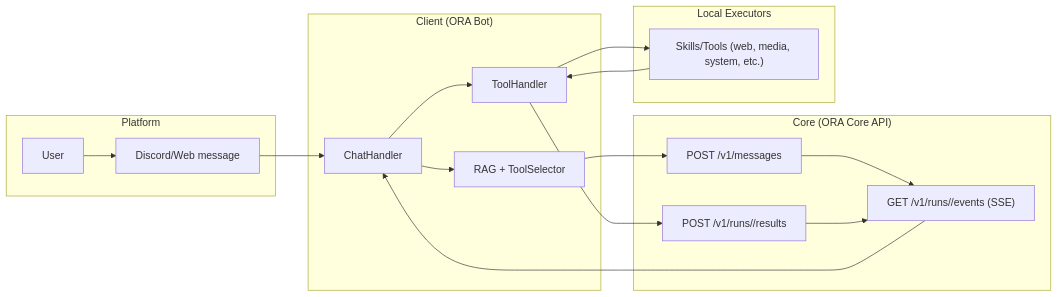
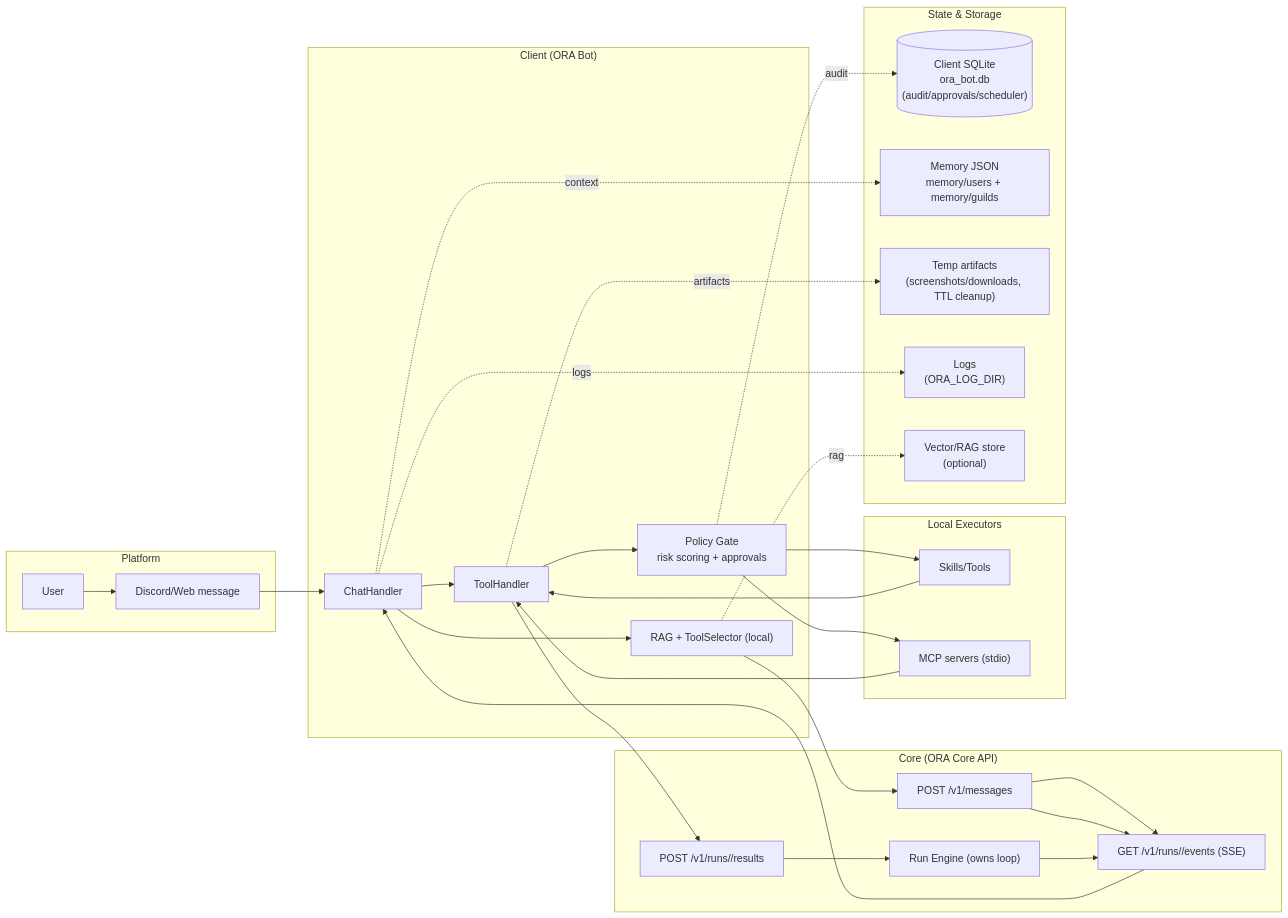
Before and after one commit to YoneRai12/ORA: the second of 3 diagrams in README.md, drawn with Mermaid. The commit also changed other lines of this file, not shown here.

Commit message:
docs(arch): clarify Core-driven loop + add state/policy/obs lanes

````diff
--- a/README.md
+++ b/README.md
@@ -96,25 +108,45 @@
 ```mermaid
 flowchart LR
   subgraph L1["Platform"]
     U["User"] --> P["Discord/Web message"]
   end
 
   subgraph L2["Client (ORA Bot)"]
-    CH["ChatHandler"] --> RT["RAG + ToolSelector"]
+    CH["ChatHandler"]
+    RT["RAG + ToolSelector (local)"]
+    PG["Policy Gate<br/>risk scoring + approvals"]
     TH["ToolHandler"]
   end
 
   subgraph L3["Core (ORA Core API)"]
     MSG["POST /v1/messages"] --> EV["GET /v1/runs/<id>/events (SSE)"]
     RES["POST /v1/runs/<id>/results"]
+    ENG["Run Engine (owns loop)"]
   end
 
   subgraph L4["Local Executors"]
-    TOOLS["Skills/Tools (web, media, system, etc.)"]
+    TOOLS["Skills/Tools"]
+    MCP["MCP servers (stdio)"]
+  end
+
+  subgraph L5["State & Storage"]
+    DB1[("Client SQLite<br/>ora_bot.db<br/>(audit/approvals/scheduler)")]
+    MEM["Memory JSON<br/>memory/users + memory/guilds"]
+    ART["Temp artifacts<br/>(screenshots/downloads, TTL cleanup)"]
+    LOGS["Logs<br/>(ORA_LOG_DIR)"]
+    VEC["Vector/RAG store<br/>(optional)"]
   end
 
   P --> CH
-  RT --> MSG
-  EV --> CH
-  CH --> TH --> TOOLS --> TH --> RES --> EV
+  CH --> RT --> MSG
+  MSG --> EV --> CH
+  CH --> TH --> PG
+  PG --> TOOLS --> TH --> RES --> ENG --> EV
+  PG --> MCP --> TH
+
+  CH -.context.-> MEM
+  RT -.rag.-> VEC
+  PG -.audit.-> DB1
+  TH -.artifacts.-> ART
+  CH -.logs.-> LOGS
 ```
````
